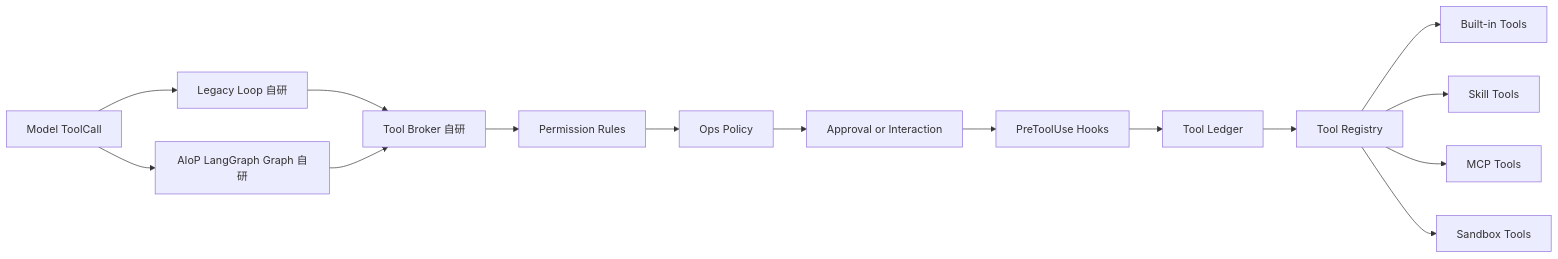
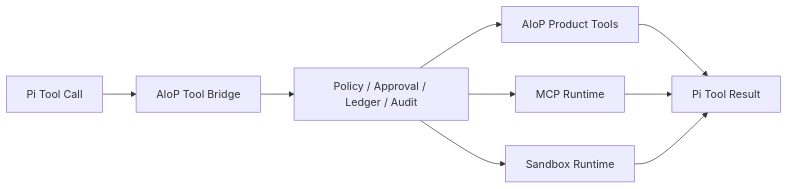
Before and after one commit to Wpxknight/agentdemo: the diagram in docs/design/04-tools-skills-mcp.md, drawn with Mermaid. The commit also changed other lines of this file and 11 other files, not shown here.

Commit message:
docs: document pi first runtime architecture

````diff
--- a/docs/design/04-tools-skills-mcp.md
+++ b/docs/design/04-tools-skills-mcp.md
@@ -20,27 +5,15 @@
-~~~mermaid
+```mermaid
 flowchart LR
-  Legacy[Legacy Loop 自研]
-  LangGraph[AIoP LangGraph Graph 自研]
-  Model[Model ToolCall]
-  Broker[Tool Broker 自研]
-  Rules[Permission Rules]
-  Policy[Ops Policy]
-  Approval[Approval or Interaction]
-  Hook[PreToolUse Hooks]
-  Ledger[Tool Ledger]
-  Registry[Tool Registry]
-  Builtin[Built-in Tools]
-  Skill[Skill Tools]
-  MCP[MCP Tools]
-  Sandbox[Sandbox Tools]
+  Pi[Pi Tool Call]
+  Bridge[AIoP Tool Bridge]
+  Guard[Policy / Approval / Ledger / Audit]
+  Product[AIoP Product Tools]
+  MCP[MCP Runtime]
+  Sandbox[Sandbox Runtime]
+  Result[Pi Tool Result]
 
-  Model --> Legacy
-  Model --> LangGraph
-  Legacy --> Broker
-  LangGraph --> Broker
-  Broker --> Rules --> Policy --> Approval --> Hook --> Ledger --> Registry
-  Registry --> Builtin
-  Registry --> Skill
-  Registry --> MCP
-  Registry --> Sandbox
-~~~
+  Pi --> Bridge --> Guard
+  Guard --> Product --> Result
+  Guard --> MCP --> Result
+  Guard --> Sandbox --> Result
+```
````
